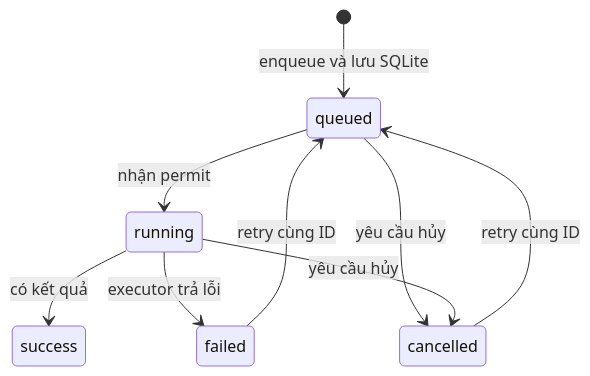
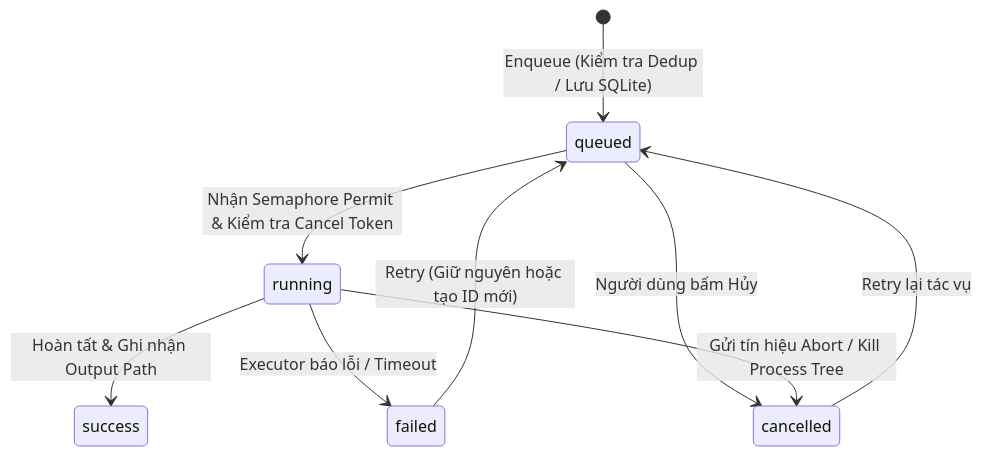
Before and after one commit to phongsun01/xitrum-AI-studio: the second of 2 diagrams in docs/kien-truc-he-thong.md, drawn with Mermaid. The commit also changed other lines of this file, not shown here.

````diff
--- a/docs/kien-truc-he-thong.md
+++ b/docs/kien-truc-he-thong.md
@@ -157,11 +131,11 @@
 ```mermaid
 stateDiagram-v2
-    [*] --> queued: enqueue và lưu SQLite
-    queued --> running: nhận permit
-    running --> success: có kết quả
-    running --> failed: executor trả lỗi
-    queued --> cancelled: yêu cầu hủy
-    running --> cancelled: yêu cầu hủy
-    failed --> queued: retry cùng ID
-    cancelled --> queued: retry cùng ID
+    [*] --> queued: Enqueue (Kiểm tra Dedup / Lưu SQLite)
+    queued --> running: Nhận Semaphore Permit & Kiểm tra Cancel Token
+    running --> success: Hoàn tất & Ghi nhận Output Path
+    running --> failed: Executor báo lỗi / Timeout
+    queued --> cancelled: Người dùng bấm Hủy
+    running --> cancelled: Gửi tín hiệu Abort / Kill Process Tree
+    failed --> queued: Retry (Giữ nguyên hoặc tạo ID mới)
+    cancelled --> queued: Retry lại tác vụ
 ```
````
